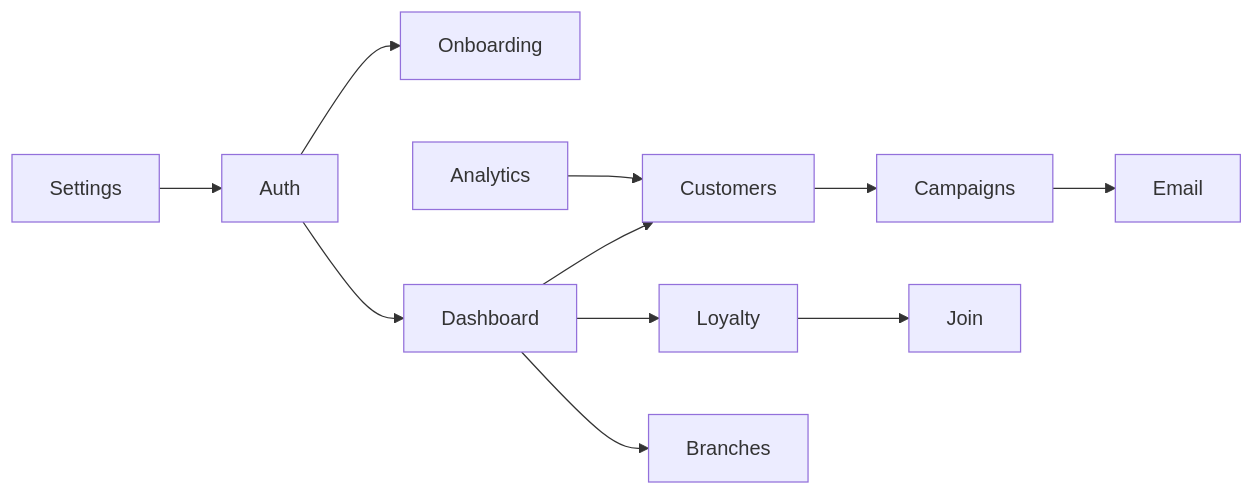
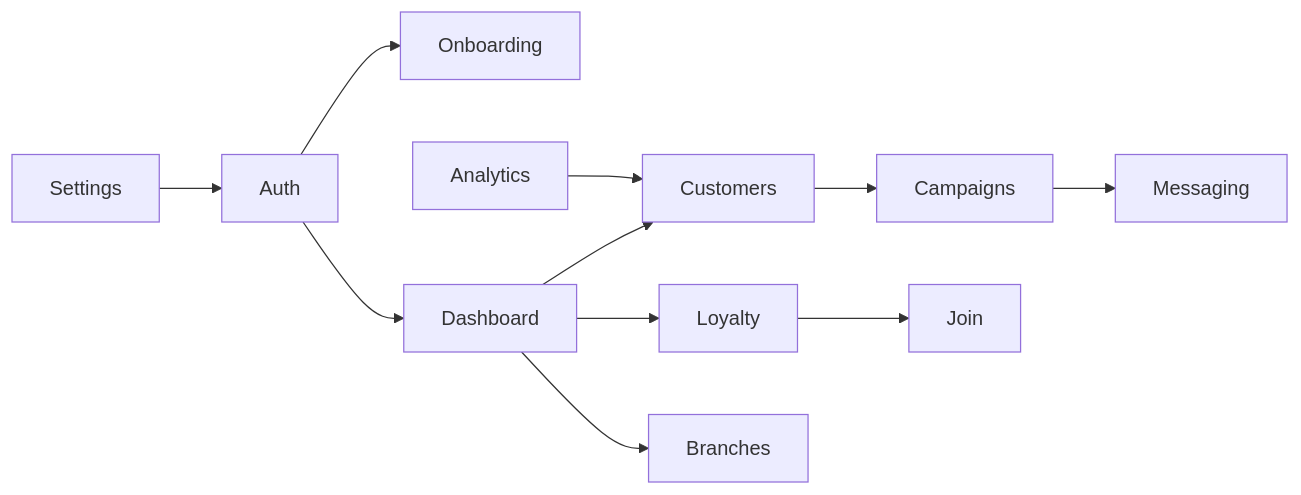
Before and after one commit to Ali-sherif/loyollo-web: the diagram in docs/frontend/03-frontend-domains.md, drawn with Mermaid. The commit also changed other lines of this file and 15 other files, not shown here.

````diff
--- a/docs/frontend/03-frontend-domains.md
+++ b/docs/frontend/03-frontend-domains.md
@@ -17,13 +17,13 @@
 ```mermaid
 flowchart LR
   Auth --> Onboarding
   Auth --> Dashboard
   Dashboard --> Customers
   Dashboard --> Loyalty
   Dashboard --> Branches
   Customers --> Campaigns
   Loyalty --> Join
-  Campaigns --> Email
+  Campaigns --> Messaging
   Settings --> Auth
   Analytics --> Customers
 ```
````
